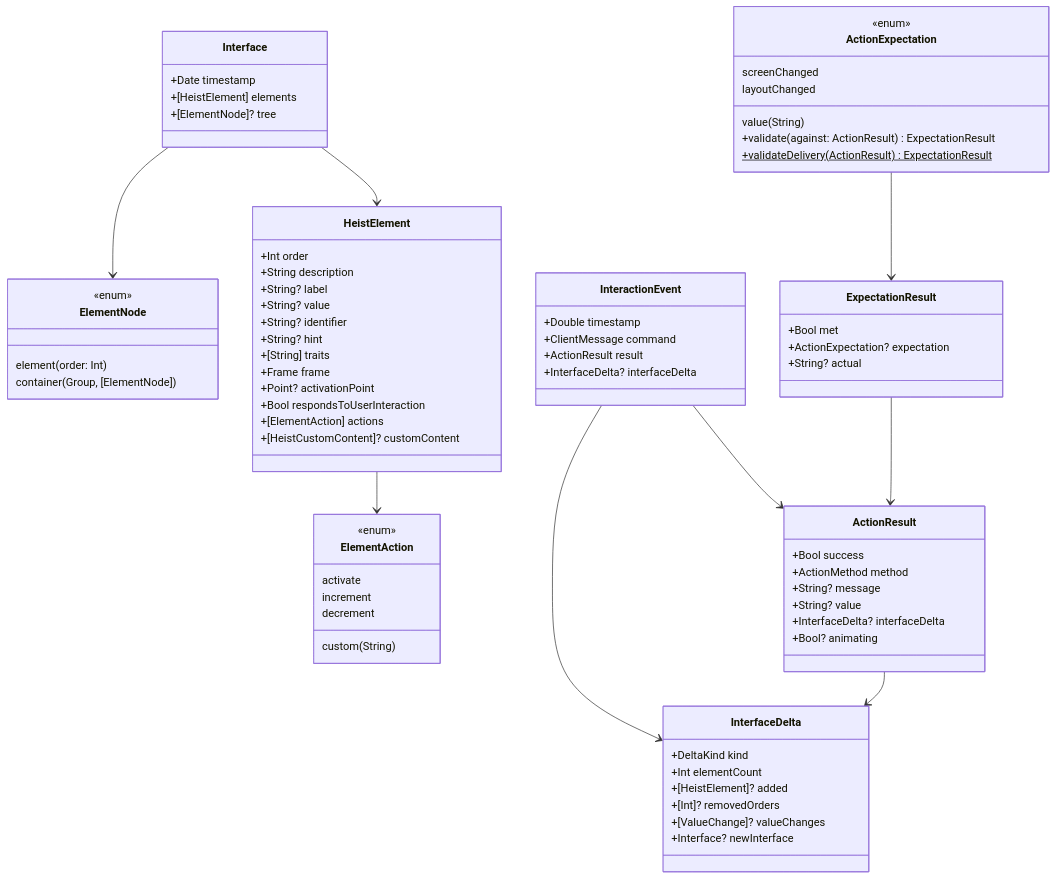
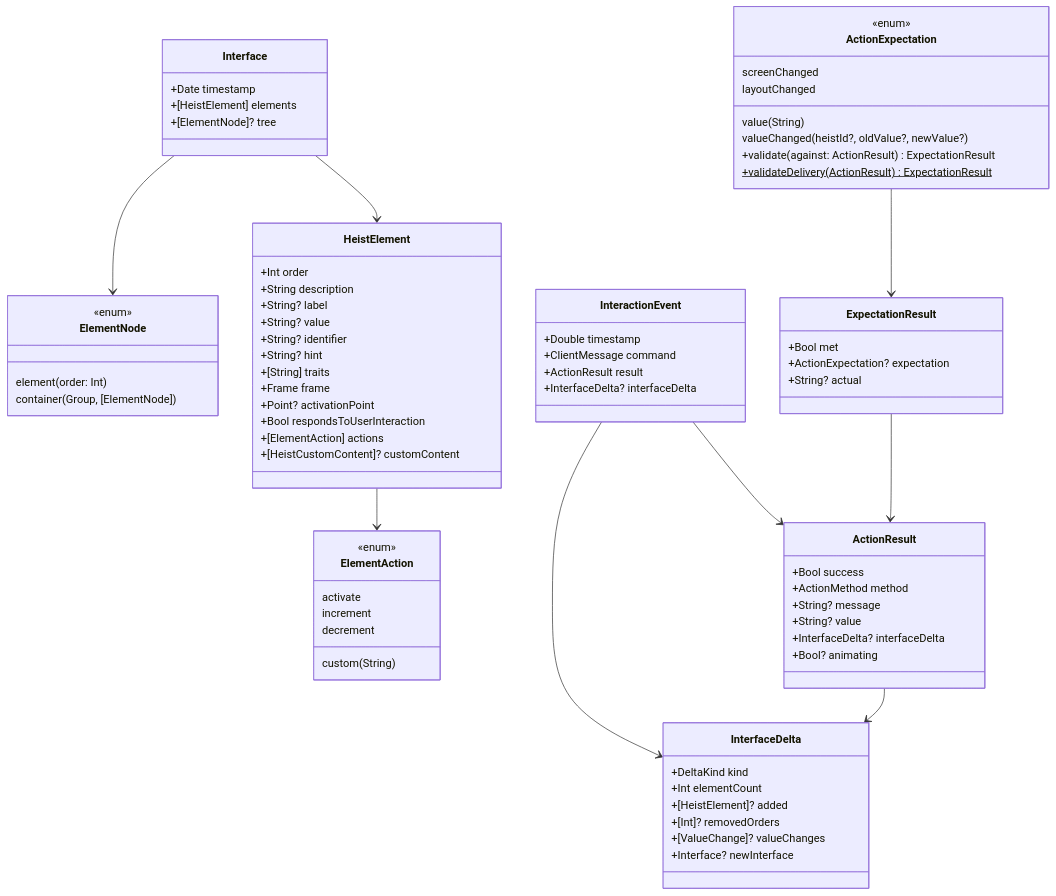
The third of 3 diagrams in docs/dossiers/01-THESCORE.md (RoyalPineapple/TheButtonHeist), drawn with Mermaid before and after one commit. The commit also changed 7 other files, not shown here.

```diff
--- a/docs/dossiers/01-THESCORE.md
+++ b/docs/dossiers/01-THESCORE.md
@@ -159,6 +159,7 @@
         value(String)
         screenChanged
         layoutChanged
+        valueChanged(heistId?, oldValue?, newValue?)
         +validate(against: ActionResult) ExpectationResult
         +validateDelivery(ActionResult)$ ExpectationResult
     }
```
